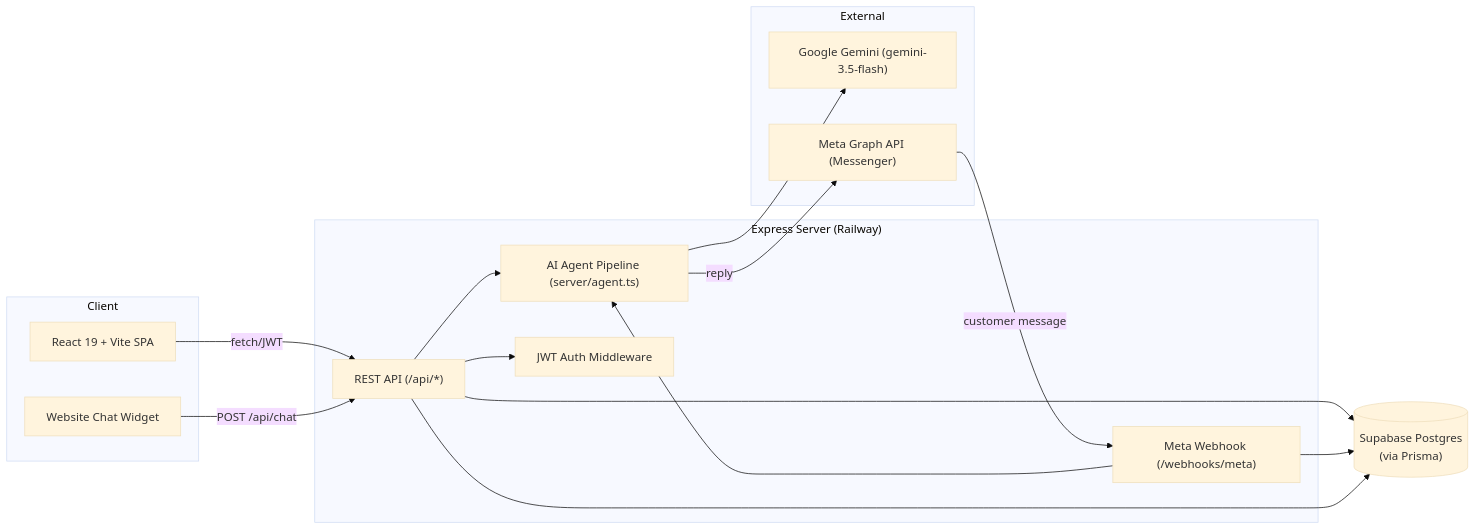
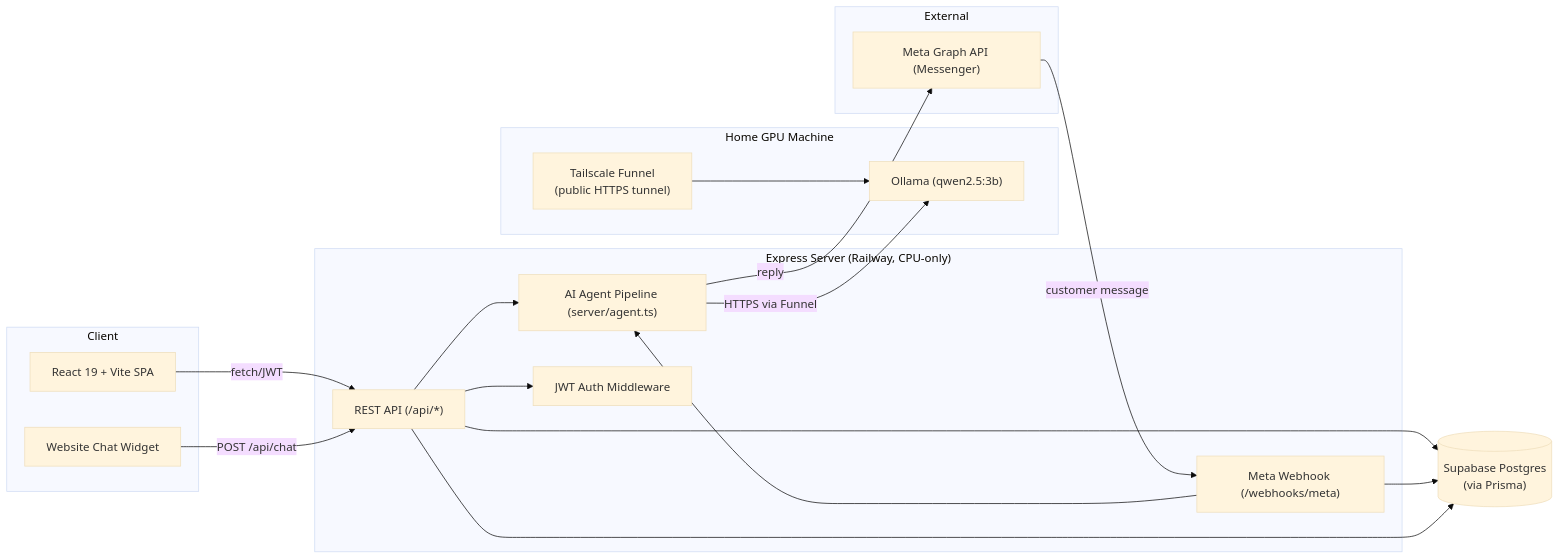
One commit to SafatUddin/CSE499_Demo changed the second of 5 diagrams in REVISION.md. Above: the diagram before and after it, drawn with Mermaid (base theme). The commit also changed other lines of this file and 1 other file, not shown here.

First line of the commit message:
Update progress docs: next objectives and current architecture snapshot

````diff
--- a/REVISION.md
+++ b/REVISION.md
@@ -165,33 +183,38 @@
 ```mermaid
 flowchart LR
     subgraph Client
         UI["React 19 + Vite SPA"]
         Widget["Website Chat Widget"]
     end
 
-    subgraph Server["Express Server (Railway)"]
+    subgraph Server["Express Server (Railway, CPU-only)"]
         API["REST API (/api/*)"]
         Webhook["Meta Webhook (/webhooks/meta)"]
         Agent["AI Agent Pipeline (server/agent.ts)"]
         Auth["JWT Auth Middleware"]
     end
 
+    subgraph HomeMachine["Home GPU Machine"]
+        Ollama["Ollama (qwen2.5:3b)"]
+        Funnel["Tailscale Funnel\n(public HTTPS tunnel)"]
+    end
+
     subgraph External
-        Gemini["Google Gemini (gemini-3.5-flash)"]
         Meta["Meta Graph API (Messenger)"]
     end
 
     DB[("Supabase Postgres\n(via Prisma)")]
 
     UI -- fetch/JWT --> API
     Widget -- POST /api/chat --> API
     API --> Auth
     API --> DB
     API --> Agent
-    Agent --> Gemini
+    Agent -- HTTPS via Funnel --> Ollama
+    Funnel --> Ollama
     Meta -- customer message --> Webhook
     Webhook --> Agent
     Agent -- reply --> Meta
     Webhook --> DB
     API --> DB
 ```
````
